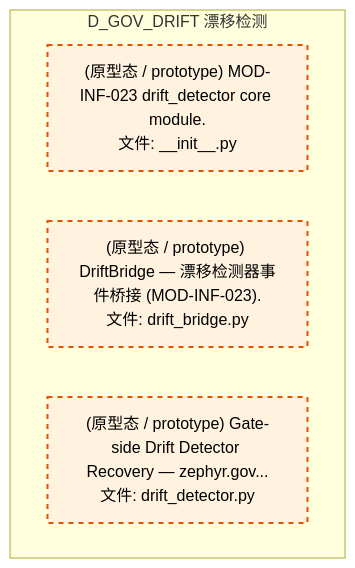
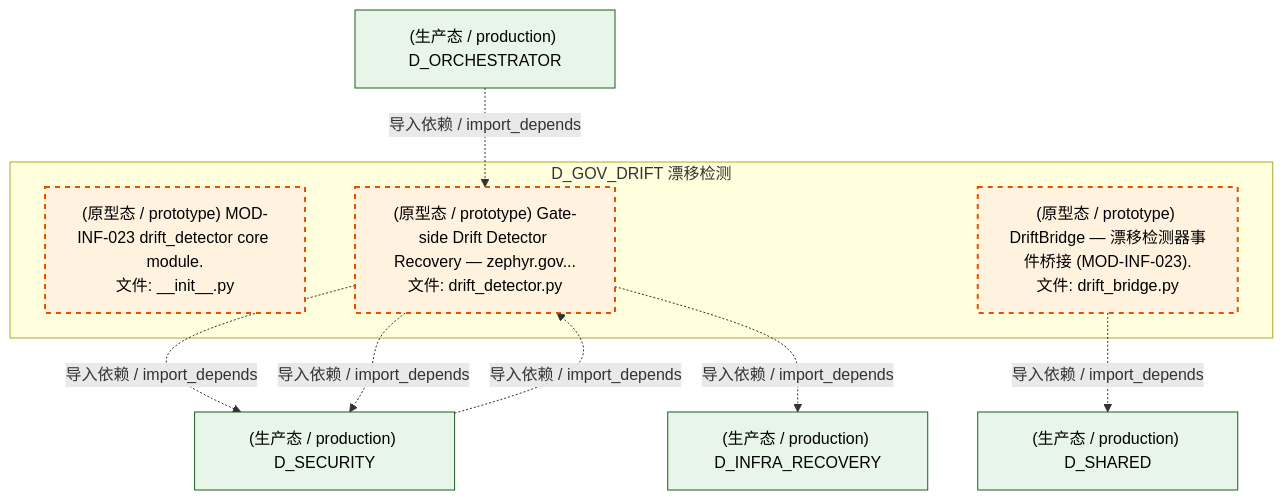
One commit to xuanFelixVan/ZephyrAlpha changed the sixth of 7 diagrams in docs/02_enterprise_architecture/02_domain_architecture_docs/41_d_gov_drift.md. Above: the diagram before and after it, drawn with Mermaid. The commit also changed other lines of this file and 101 other files, not shown here.

````diff
--- a/docs/02_enterprise_architecture/02_domain_architecture_docs/41_d_gov_drift.md
+++ b/docs/02_enterprise_architecture/02_domain_architecture_docs/41_d_gov_drift.md
@@ -411,13 +562,24 @@
 ```mermaid
 graph TD
     subgraph D_GOV_DRIFT["D_GOV_DRIFT 漂移检测"]
         src_zephyr_gov_drift_detector_core_init_py["(原型态 / prototype) MOD-INF-023 drift_detector core module.<br/>文件: __init__.py"]
         src_zephyr_gov_drift_detector_core_bridges_drift_bridge_py["(原型态 / prototype) DriftBridge — 漂移检测器事件桥接 (MOD-INF-023).<br/>文件: drift_bridge.py"]
         src_zephyr_gov_enforcement_rule_enforcement_drift_detector_py["(原型态 / prototype) Gate-side Drift Detector Recovery — zephyr.gov...<br/>文件: drift_detector.py"]
     end
+    D_SHARED["(生产态 / production) D_SHARED"]
+    src_zephyr_gov_drift_detector_core_bridges_drift_bridge_py -.->|导入依赖 / import_depends| D_SHARED
+    D_SECURITY["(生产态 / production) D_SECURITY"]
+    src_zephyr_gov_enforcement_rule_enforcement_drift_detector_py -.->|导入依赖 / import_depends| D_SECURITY
+    D_INFRA_RECOVERY["(生产态 / production) D_INFRA_RECOVERY"]
+    src_zephyr_gov_enforcement_rule_enforcement_drift_detector_py -.->|导入依赖 / import_depends| D_INFRA_RECOVERY
+    src_zephyr_gov_enforcement_rule_enforcement_drift_detector_py -.->|导入依赖 / import_depends| D_SECURITY
+    D_ORCHESTRATOR["(生产态 / production) D_ORCHESTRATOR"]
+    D_ORCHESTRATOR -.->|导入依赖 / import_depends| src_zephyr_gov_enforcement_rule_enforcement_drift_detector_py
+    D_SECURITY -.->|导入依赖 / import_depends| src_zephyr_gov_enforcement_rule_enforcement_drift_detector_py
     classDef production fill:#e1f5fe,stroke:#01579b,stroke-width:2px,color:#000
     classDef design fill:#fff3e0,stroke:#e65100,stroke-width:2px,color:#000,stroke-dasharray: 5 5
     classDef external_prod fill:#e8f5e9,stroke:#1b5e20,stroke-width:1px,color:#000
     classDef external_design fill:#fce4ec,stroke:#880e4f,stroke-width:1px,color:#000,stroke-dasharray: 5 5
     class src_zephyr_gov_drift_detector_core_init_py,src_zephyr_gov_drift_detector_core_bridges_drift_bridge_py,src_zephyr_gov_enforcement_rule_enforcement_drift_detector_py design
+    class D_SHARED,D_SECURITY,D_INFRA_RECOVERY,D_ORCHESTRATOR external_prod
 ```
````
